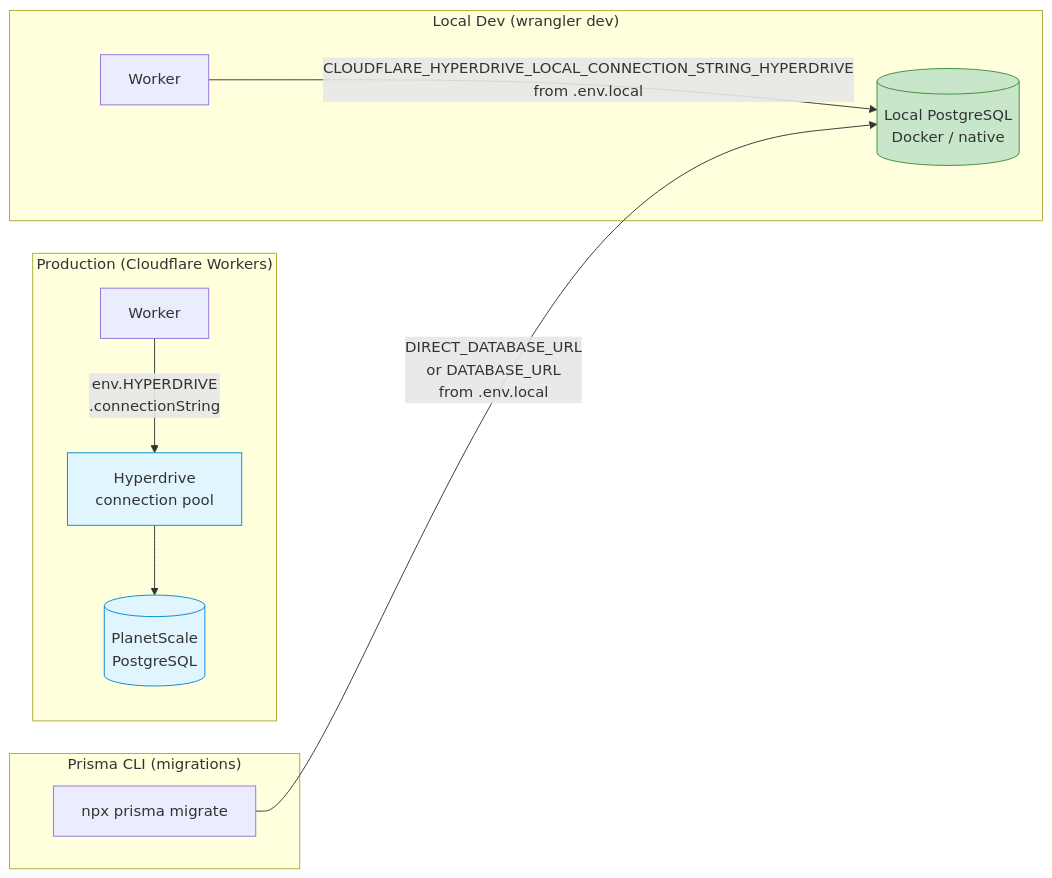
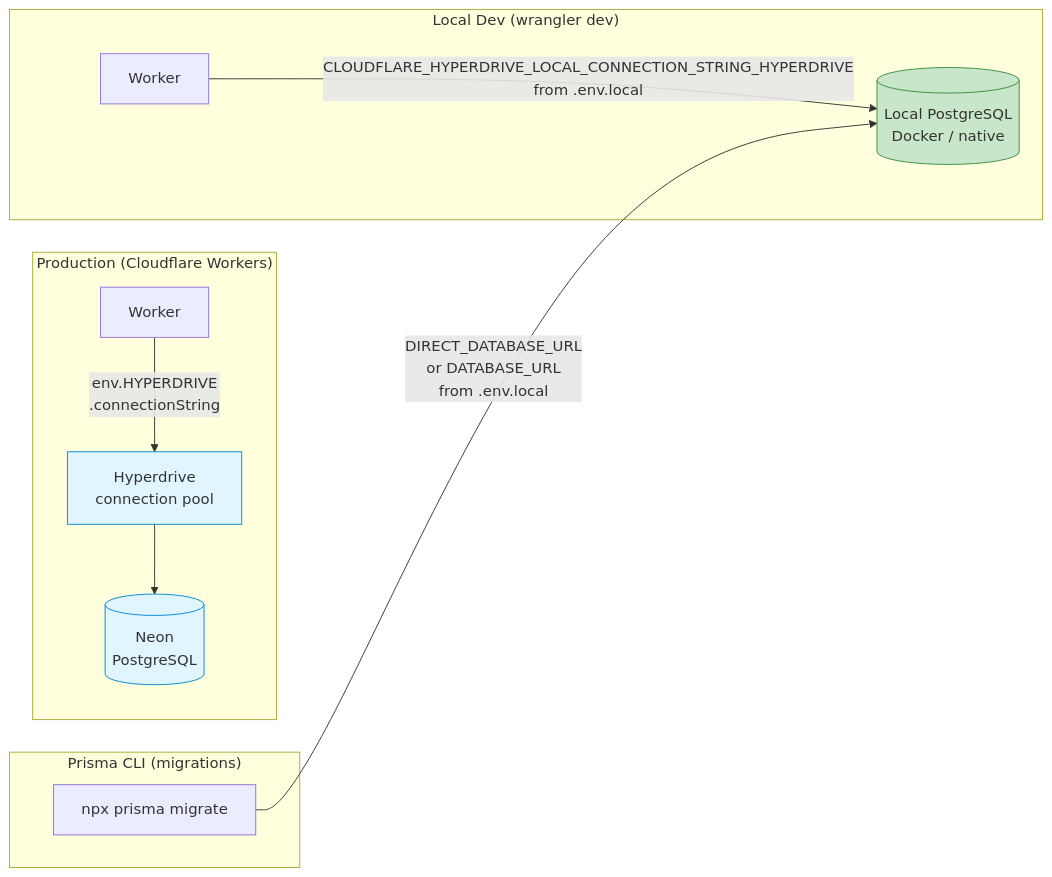
One commit to jaypatrick/adblock-compiler changed the eighth of 9 diagrams in docs/database-setup/DATABASE_ARCHITECTURE.md. Above: the diagram before and after it, drawn with Mermaid. The commit also changed other lines of this file and 7 other files, not shown here.

````diff
--- a/docs/database-setup/DATABASE_ARCHITECTURE.md
+++ b/docs/database-setup/DATABASE_ARCHITECTURE.md
@@ -257,19 +257,19 @@
 ```mermaid
 flowchart LR
     subgraph "Production (Cloudflare Workers)"
         PROD_W[Worker] -->|env.HYPERDRIVE\n.connectionString| HD_PROD[Hyperdrive\nconnection pool]
-        HD_PROD --> PS[(PlanetScale\nPostgreSQL)]
+        HD_PROD --> PS[(Neon\nPostgreSQL)]
     end
 
     subgraph "Local Dev (wrangler dev)"
         LOCAL_W[Worker] -->|CLOUDFLARE_HYPERDRIVE_LOCAL_CONNECTION_STRING_HYPERDRIVE\nfrom .env.local| LOCAL_PG[(Local PostgreSQL\nDocker / native)]
     end
 
     subgraph "Prisma CLI (migrations)"
         PRISMA[npx prisma migrate] -->|DIRECT_DATABASE_URL\nor DATABASE_URL\nfrom .env.local| LOCAL_PG
     end
 
     style HD_PROD fill:#e1f5ff,stroke:#0288d1
     style PS fill:#e1f5ff,stroke:#0288d1
     style LOCAL_PG fill:#c8e6c9,stroke:#388e3c
 ```
````
